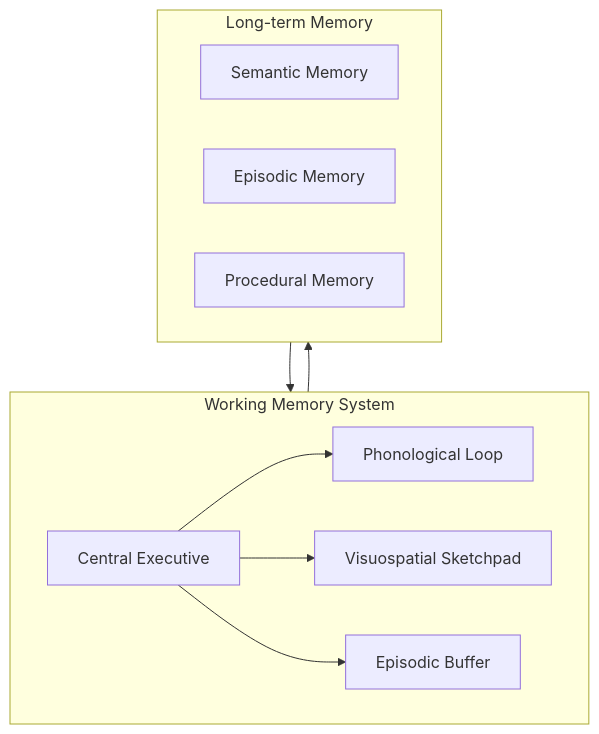
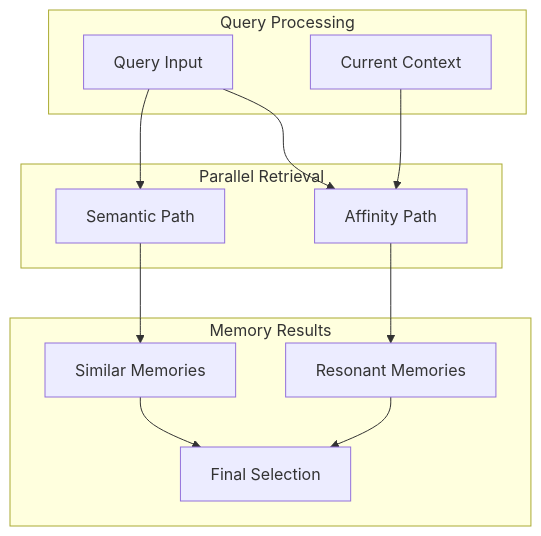
The second of 2 diagrams in docs/theory/memory-models.md (lanethefox/ProjectEUMAS), drawn with Mermaid before and after one commit. The commit also changed other lines of this file and 1 other file, not shown here.

Commit message:
Simplify theory and memory model documentation to focus on GPT-4 driven approach

````diff
--- a/docs/theory/memory-models.md
+++ b/docs/theory/memory-models.md
@@ -6,23 +43,28 @@
 ```mermaid
 graph TD
-    subgraph WorkingMemory[Working Memory System]
-        direction LR
-        CE[Central Executive]
-        PL[Phonological Loop]
-        VS[Visuospatial Sketchpad]
-        EB[Episodic Buffer]
+    subgraph Query[Query Processing]
+        Input[Query Input]
+        Context[Current Context]
     end
 
-    subgraph LongTerm[Long-term Memory]
-        direction LR
-        SM[Semantic Memory]
-        EM[Episodic Memory]
-        PM[Procedural Memory]
+    subgraph Paths[Parallel Retrieval]
+        Semantic[Semantic Path]
+        Affinity[Affinity Path]
     end
 
-    CE --> PL
-    CE --> VS
-    CE --> EB
-    EB --> LongTerm
-    LongTerm --> EB
+    subgraph Results[Memory Results]
+        Similar[Similar Memories]
+        Resonant[Resonant Memories]
+        Combined[Final Selection]
+    end
+
+    Input --> Semantic
+    Input --> Affinity
+    Context --> Affinity
+    
+    Semantic --> Similar
+    Affinity --> Resonant
+    
+    Similar --> Combined
+    Resonant --> Combined
 ```
````
